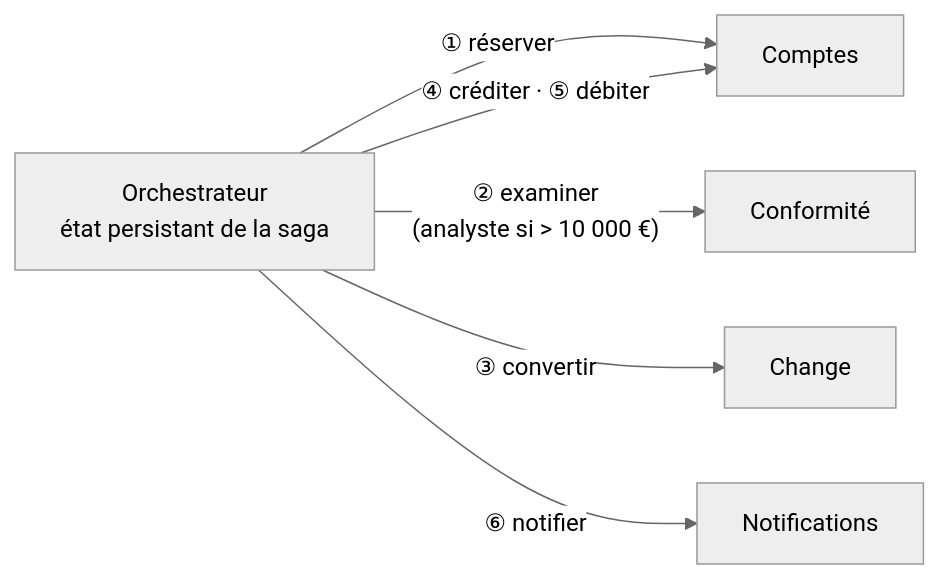
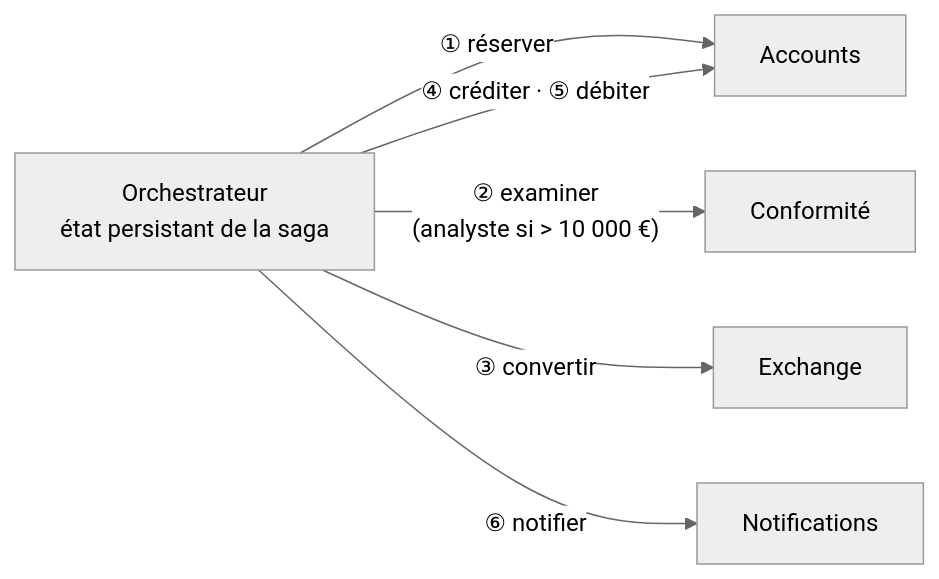
Before and after one commit to drangoht/ArchitecturesDemo: the diagram in Docs/fiches/14-saga-orchestree.md, drawn with Mermaid (neutral theme). The commit also changed other lines of this file and 70 other files, not shown here.

Commit message:
Docs FR : identifiants, liens, diagrammes et sorties alignés sur le code anglais

````diff
--- a/Docs/fiches/14-saga-orchestree.md
+++ b/Docs/fiches/14-saga-orchestree.md
@@ -12,8 +12,8 @@
 ```mermaid
 flowchart LR
-    O["Orchestrateur<br/>état persistant de la saga"] -->|"① réserver"| C["Comptes"]
+    O["Orchestrateur<br/>état persistant de la saga"] -->|"① réserver"| C["Accounts"]
     O -->|"② examiner<br/>(analyste si > 10 000 €)"| K["Conformité"]
-    O -->|"③ convertir"| X["Change"]
+    O -->|"③ convertir"| X["Exchange"]
     O -->|"④ créditer · ⑤ débiter"| C
     O -->|"⑥ notifier"| N["Notifications"]
 ```
````
